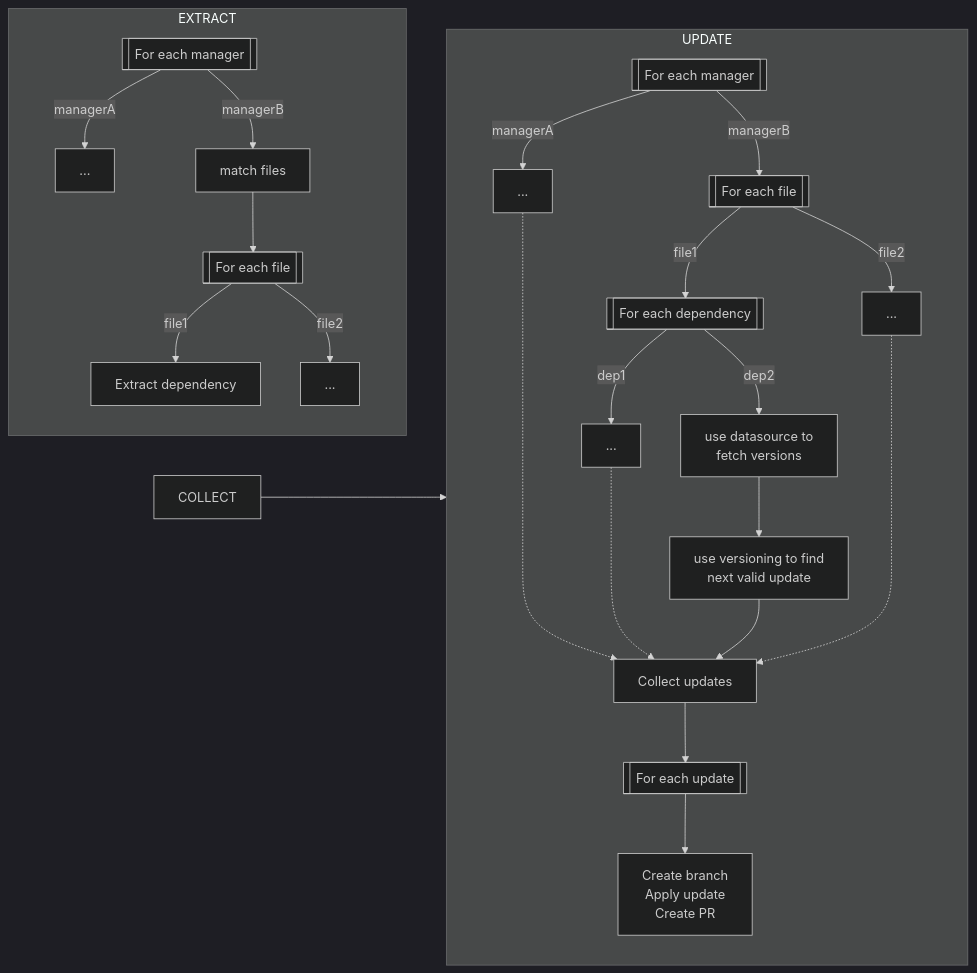
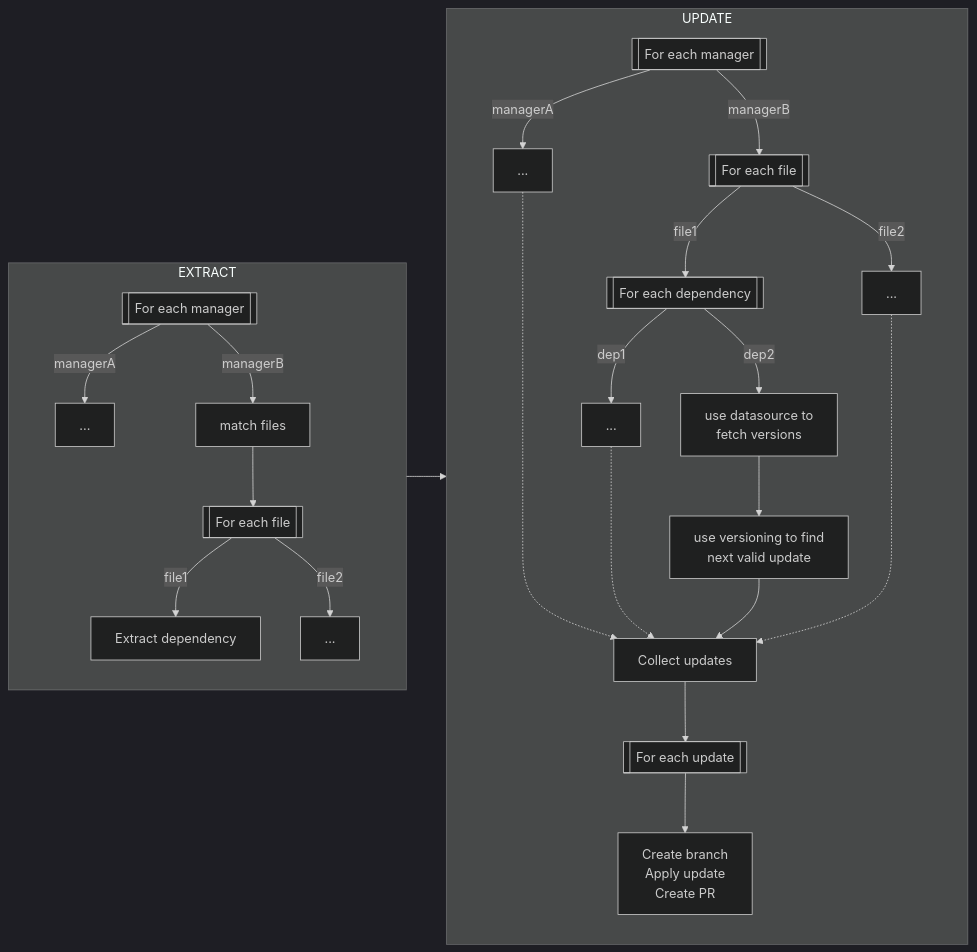
One commit to renovatebot/renovate changed the first of 2 diagrams in docs/usage/key-concepts/how-renovate-works.md. Above: the diagram before and after it, drawn with Mermaid (dark theme).

Commit message:
suggestions

````diff
--- a/docs/usage/key-concepts/how-renovate-works.md
+++ b/docs/usage/key-concepts/how-renovate-works.md
@@ -47,43 +47,43 @@
 ```mermaid
 flowchart LR
   subgraph EXTRACT
     direction TB
     CC[[For each manager]]
     CC -->|managerA| CD["..."]
     CC -->|managerB| CCF["match files"]
 
     CCF --> CFEF[[For each file]]
 
     CFEF -->|file1| CCD1[Extract dependency]
     CFEF -->|file2| CCD2[...]
   end
 
   subgraph UPDATE
     direction TB
 
     UC[[For each manager]]
     UC -->|managerA| UD["..."]
     UC -->|managerB| UFEF[[For each file]]
 
     UFEF -->|file1| FED[[For each dependency]]
     UFEF -->|file2| FED2[...]
 
 
     FED -->|dep1| D1[...]
     D1 -..-> CU
     FED -->|dep2| D2[use datasource to\n fetch versions]
     D2 --> J[use versioning to find \n next valid update]
 
     FED2 -...-> CU
 
     UD -....-> CU
     J --> CU[Collect updates]
 
     CU --> FEU[[For each update]]
 
     FEU --> AU[Create branch\nApply update\nCreate PR]
 
   end
 
-  COLLECT --> UPDATE
+  EXTRACT --> UPDATE
 ```
````
